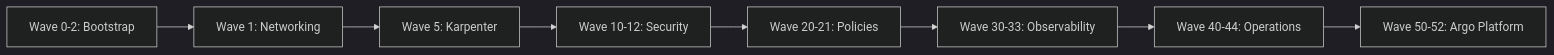
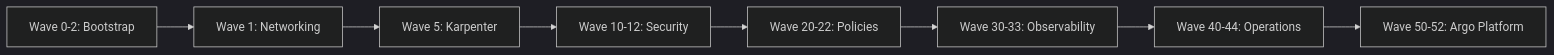
The second of 2 diagrams in docs/architecture/overview.md (nanohype/eks-gitops), drawn with Mermaid (dark theme) before and after one commit. The commit also changed other lines of this file and 12 other files, not shown here.

````diff
--- a/docs/architecture/overview.md
+++ b/docs/architecture/overview.md
@@ -60,10 +64,10 @@
 ```mermaid
 graph LR
     A[Wave 0-2: Bootstrap] --> B[Wave 1: Networking]
     B --> C[Wave 5: Karpenter]
     C --> D[Wave 10-12: Security]
-    D --> E[Wave 20-21: Policies]
+    D --> E[Wave 20-22: Policies]
     E --> F[Wave 30-33: Observability]
     F --> G[Wave 40-44: Operations]
     G --> H[Wave 50-52: Argo Platform]
 ```
````
